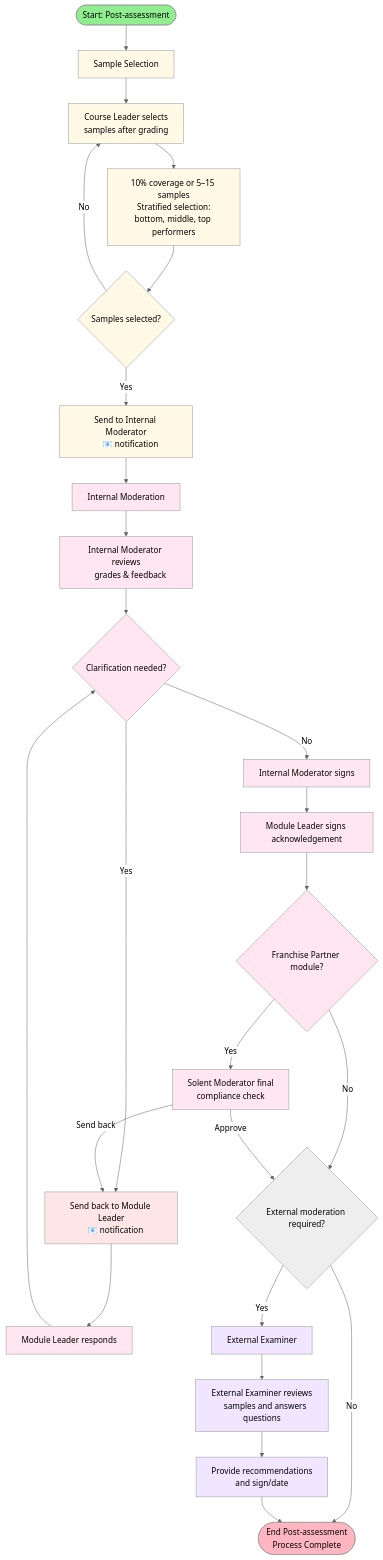
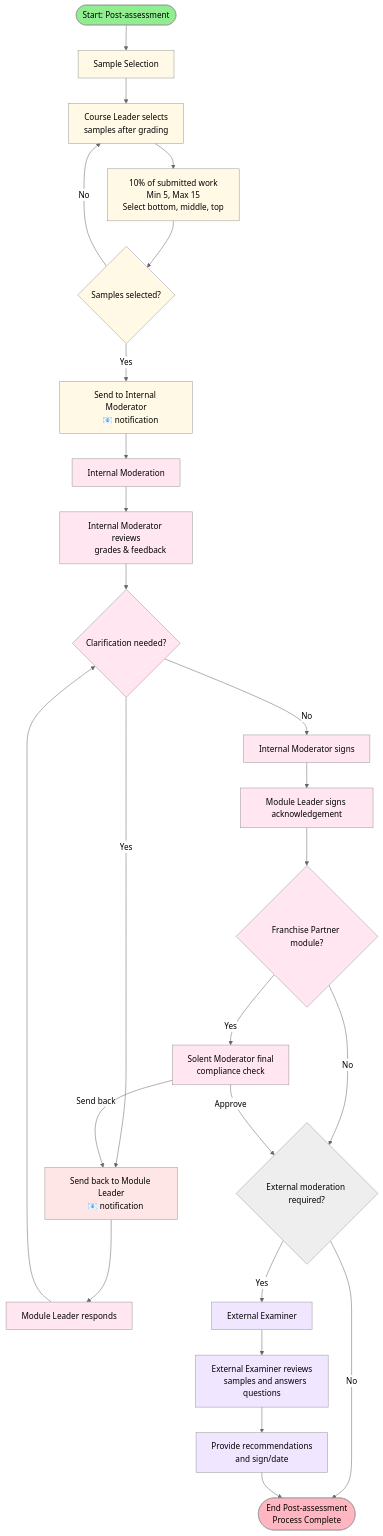
Before and after one commit to martinsolent/mod_prototype: the second of 2 diagrams in flow_chart/mod_flow_chart.md, drawn with Mermaid (neutral theme).

Commit message:
Update sample selection text

````diff
--- a/flow_chart/mod_flow_chart.md
+++ b/flow_chart/mod_flow_chart.md
@@ -32,51 +32,51 @@
 ```mermaid
 flowchart TD
     %% Workflow B: Post-assessment (after grading)
     StartB([Start: Post-assessment]) --> SS[Sample Selection]
     
     SS --> SS1[Course Leader selects
     samples after grading]
-    SS1 --> SS2[10% coverage or 5–15 samples<br/>Stratified selection:<br/>bottom, middle, top performers]
+    SS1 --> SS2[10% of submitted work<br/>Min 5, Max 15<br/>Select bottom, middle, top]
     SS2 --> SS3{Samples selected?}
     SS3 -->|No| SS1
     SS3 -->|Yes| SS4[Send to Internal Moderator
     📧 notification]
     SS4 --> IM[Internal Moderation]
     
     IM --> IM1[Internal Moderator reviews
     grades & feedback]
     IM1 --> IM2{Clarification needed?}
     IM2 -->|Yes| IM3[Send back to Module Leader
     📧 notification]
     IM3 --> IM4[Module Leader responds]
     IM4 --> IM2
     IM2 -->|No| IM5[Internal Moderator signs]
     IM5 --> IM6[Module Leader signs acknowledgement]
     IM6 --> IM7{Franchise Partner module?}
     IM7 -->|No| IM8{External moderation required?}
     IM7 -->|Yes| IMFP[Solent Moderator final
     compliance check]
     IMFP -->|Send back| IM3
     IMFP -->|Approve| IM8{External moderation required?}
     
     IM8 -->|No| EndB([End Post-assessment<br/>Process Complete])
     IM8 -->|Yes| EE[External Examiner]
     EE --> EE1[External Examiner reviews
     samples and answers questions]
     EE1 --> EE2[Provide recommendations
     and sign/date]
     EE2 --> EndB
     
     classDef start fill:#90EE90
     classDef endNode fill:#FFB6C1
     classDef sample fill:#FFF9E6
     classDef mod fill:#FFE6F0
     classDef external fill:#F0E6FF
     classDef warn fill:#FFE6E6
     class StartB start
     class EndB endNode
     class SS,SS1,SS2,SS3,SS4 sample
     class IM,IM1,IM2,IM3,IM4,IM5,IM6,IM7,IMFP mod
     class EE,EE1,EE2 external
     class IM3 warn
 ```
````
